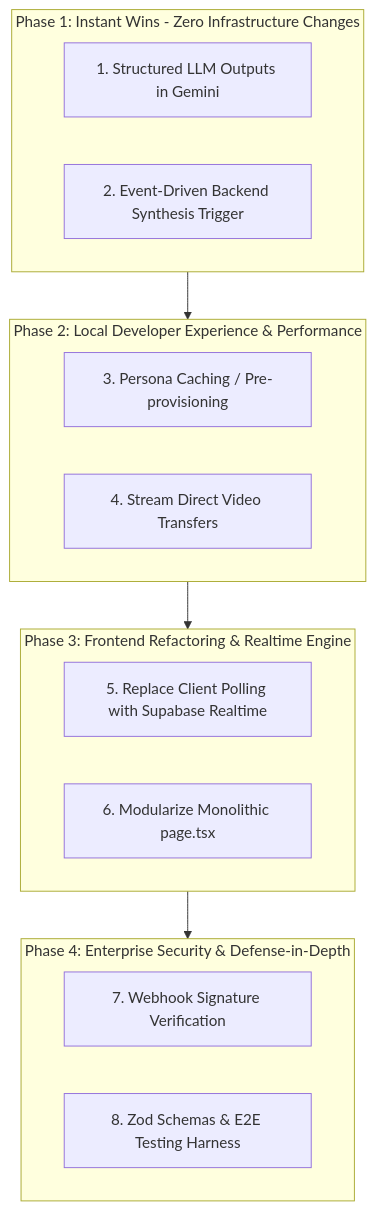
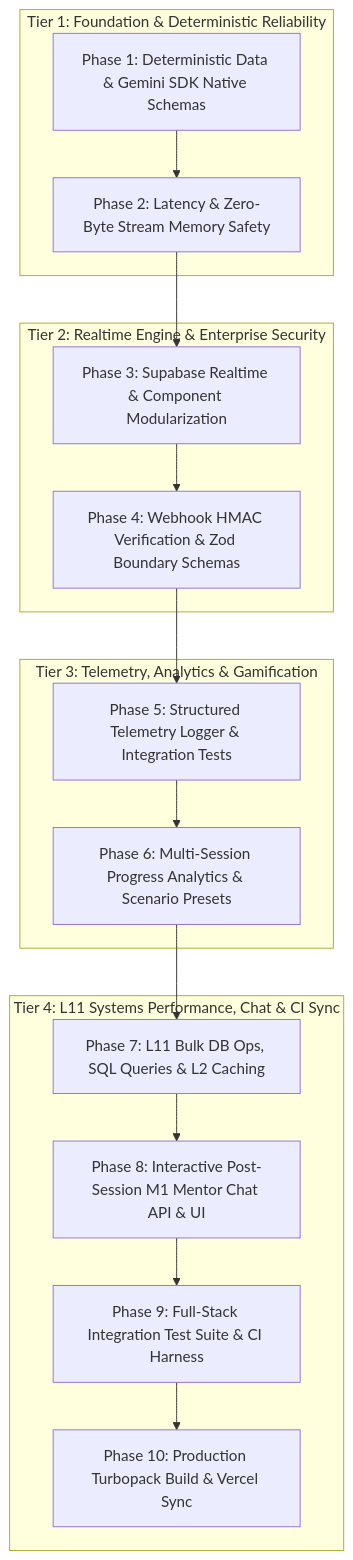
One commit to kaushalbalagurusamy/ai-shadowboxing changed the diagram in .docs/hardening_roadmap.md. Above: the diagram before and after it, drawn with Mermaid. The commit also changed other lines of this file and 5 other files, not shown here.

````diff
--- a/.docs/hardening_roadmap.md
+++ b/.docs/hardening_roadmap.md
@@ -9,26 +18,26 @@
 ```mermaid
 flowchart TD
-    Phase1[Phase 1: Deterministic Data & Reliability] --> Phase2[Phase 2: Session Latency & Resource Safety]
-    Phase2 --> Phase3[Phase 3: Realtime UI & Frontend Clean Architecture]
-    Phase3 --> Phase4[Phase 4: Production Security & Strict Validation]
-
-    subgraph Phase1 [Phase 1: Instant Wins - Zero Infrastructure Changes]
-        P1A[1. Structured LLM Outputs in Gemini]
-        P1B[2. Event-Driven Backend Synthesis Trigger]
+    subgraph Tier1 [Tier 1: Foundation & Deterministic Reliability]
+        P1[Phase 1: Deterministic Data & Gemini SDK Native Schemas]
+        P2[Phase 2: Latency & Zero-Byte Stream Memory Safety]
     end
 
-    subgraph Phase2 [Phase 2: Local Developer Experience & Performance]
-        P2A[3. Persona Caching / Pre-provisioning]
-        P2B[4. Stream Direct Video Transfers]
+    subgraph Tier2 [Tier 2: Realtime Engine & Enterprise Security]
+        P3[Phase 3: Supabase Realtime & Component Modularization]
+        P4[Phase 4: Webhook HMAC Verification & Zod Boundary Schemas]
     end
 
-    subgraph Phase3 [Phase 3: Frontend Refactoring & Realtime Engine]
-        P3A[5. Replace Client Polling with Supabase Realtime]
-        P3B[6. Modularize Monolithic page.tsx]
+    subgraph Tier3 [Tier 3: Telemetry, Analytics & Gamification]
+        P5[Phase 5: Structured Telemetry Logger & Integration Tests]
+        P6[Phase 6: Multi-Session Progress Analytics & Scenario Presets]
     end
 
-    subgraph Phase4 [Phase 4: Enterprise Security & Defense-in-Depth]
-        P4A[7. Webhook Signature Verification]
-        P4B[8. Zod Schemas & E2E Testing Harness]
+    subgraph Tier4 [Tier 4: L11 Systems Performance, Chat & CI Sync]
+        P7[Phase 7: L11 Bulk DB Ops, SQL Queries & L2 Caching]
+        P8[Phase 8: Interactive Post-Session M1 Mentor Chat API & UI]
+        P9[Phase 9: Full-Stack Integration Test Suite & CI Harness]
+        P10[Phase 10: Production Turbopack Build & Vercel Sync]
     end
+
+    P1 --> P2 --> P3 --> P4 --> P5 --> P6 --> P7 --> P8 --> P9 --> P10
 ```
````
